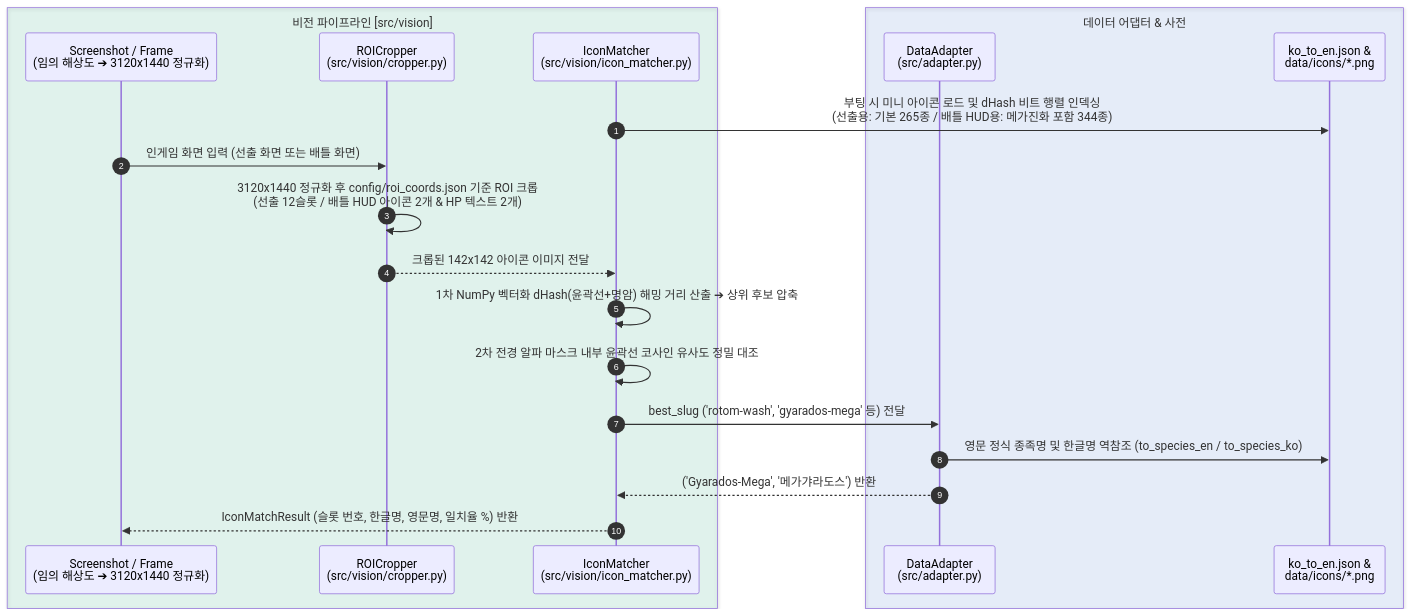
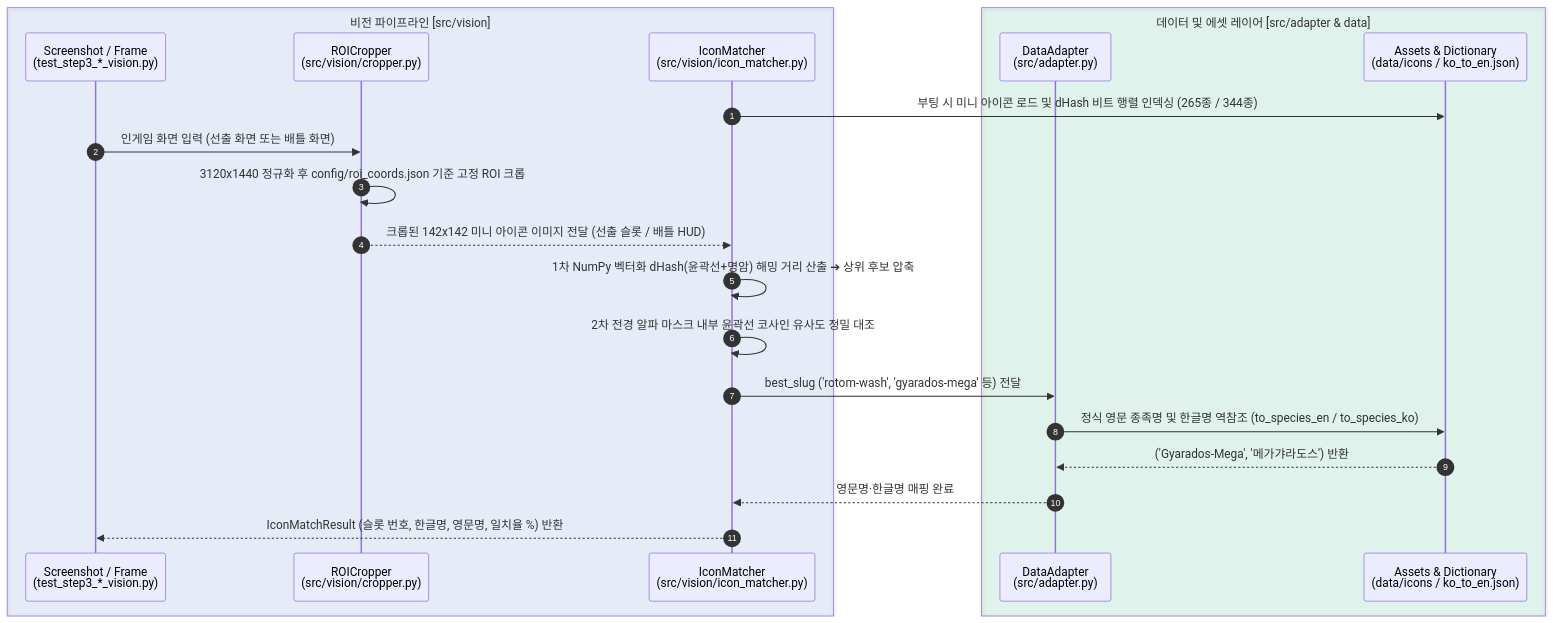
The diagram in docs/STEP3_GUIDE.md (LGJ0405/pochamps-assistant), drawn with Mermaid before and after one commit. The commit also changed other lines of this file and 7 other files, not shown here.

````diff
--- a/docs/STEP3_GUIDE.md
+++ b/docs/STEP3_GUIDE.md
@@ -46,24 +51,25 @@
 ```mermaid
 sequenceDiagram
     autonumber
-    box rgba(16, 185, 129, 0.1) 비전 파이프라인 [src/vision]
-        participant SCR as Screenshot / Frame<br/>(임의 해상도 ➔ 3120x1440 정규화)
+    box rgba(59, 130, 246, 0.1) 비전 파이프라인 [src/vision]
+        participant SCR as Screenshot / Frame<br/>(test_step3_*_vision.py)
         participant CRP as ROICropper<br/>(src/vision/cropper.py)
         participant MAT as IconMatcher<br/>(src/vision/icon_matcher.py)
     end
-    box rgba(59, 130, 246, 0.1) 데이터 어댑터 & 사전
+    box rgba(16, 185, 129, 0.1) 데이터 및 에셋 레이어 [src/adapter & data]
         participant ADP as DataAdapter<br/>(src/adapter.py)
-        participant DICT as ko_to_en.json &<br/>data/icons/*.png
+        participant DATA as Assets & Dictionary<br/>(data/icons / ko_to_en.json)
     end
 
-    MAT->>DICT: 부팅 시 미니 아이콘 로드 및 dHash 비트 행렬 인덱싱<br/>(선출용: 기본 265종 / 배틀 HUD용: 메가진화 포함 344종)
+    MAT->>DATA: 부팅 시 미니 아이콘 로드 및 dHash 비트 행렬 인덱싱 (265종 / 344종)
     SCR->>CRP: 인게임 화면 입력 (선출 화면 또는 배틀 화면)
-    CRP->>CRP: 3120x1440 정규화 후 config/roi_coords.json 기준 ROI 크롭<br/>(선출 12슬롯 / 배틀 HUD 아이콘 2개 & HP 텍스트 2개)
-    CRP-->>MAT: 크롭된 142x142 아이콘 이미지 전달
+    CRP->>CRP: 3120x1440 정규화 후 config/roi_coords.json 기준 고정 ROI 크롭
+    CRP-->>MAT: 크롭된 142x142 미니 아이콘 이미지 전달 (선출 슬롯 / 배틀 HUD)
     MAT->>MAT: 1차 NumPy 벡터화 dHash(윤곽선+명암) 해밍 거리 산출 ➔ 상위 후보 압축
     MAT->>MAT: 2차 전경 알파 마스크 내부 윤곽선 코사인 유사도 정밀 대조
     MAT->>ADP: best_slug ('rotom-wash', 'gyarados-mega' 등) 전달
-    ADP->>DICT: 영문 정식 종족명 및 한글명 역참조 (to_species_en / to_species_ko)
-    ADP-->>MAT: ('Gyarados-Mega', '메가갸라도스') 반환
+    ADP->>DATA: 정식 영문 종족명 및 한글명 역참조 (to_species_en / to_species_ko)
+    DATA-->>ADP: ('Gyarados-Mega', '메가갸라도스') 반환
+    ADP-->>MAT: 영문명·한글명 매핑 완료
     MAT-->>SCR: IconMatchResult (슬롯 번호, 한글명, 영문명, 일치율 %) 반환
 ```
````
